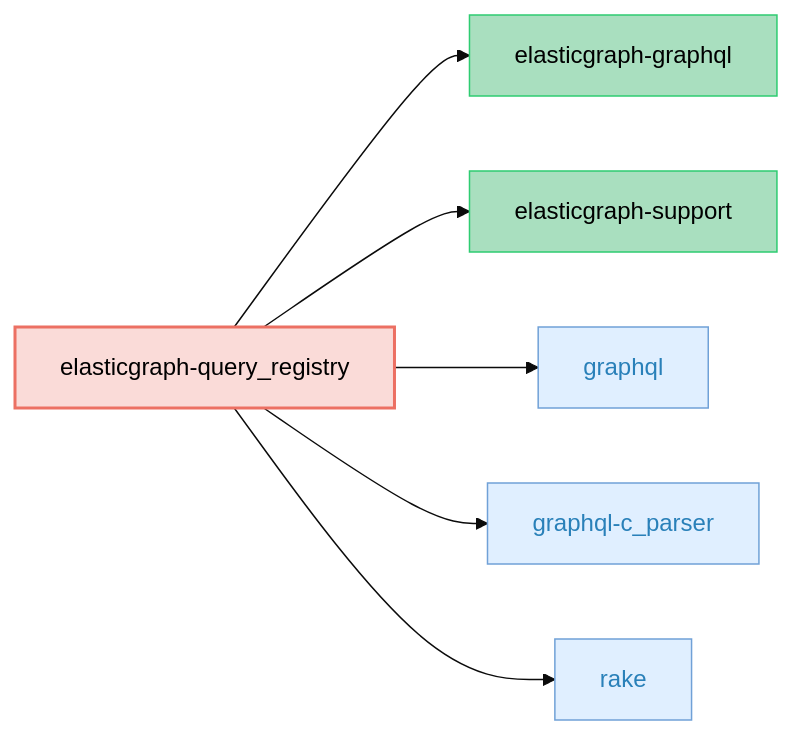
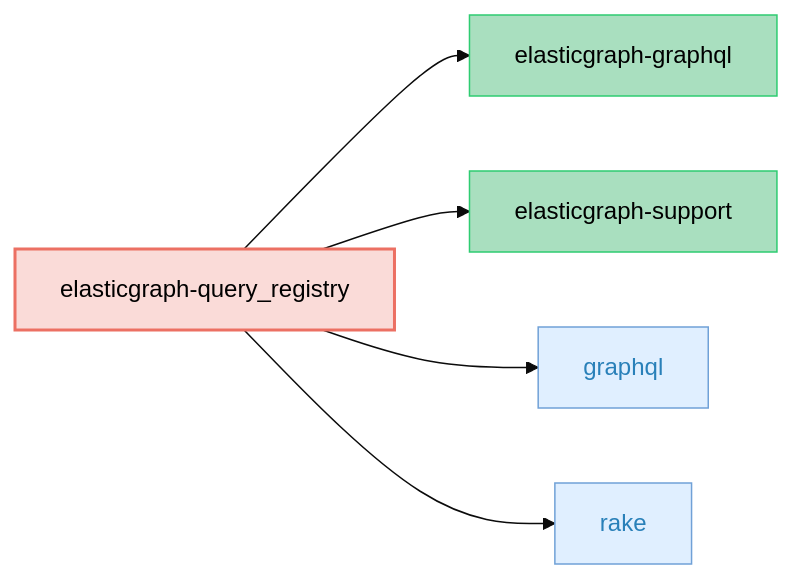
The diagram in elasticgraph-query_registry/README.md (block/elasticgraph), drawn with Mermaid (base theme) before and after one commit. The commit also changed 18 other files, not shown here.

Commit message:
Make graphql-c_parser optional with warning when unavailable

````diff
--- a/elasticgraph-query_registry/README.md
+++ b/elasticgraph-query_registry/README.md
@@ -34,26 +34,22 @@
 ```mermaid
 graph LR;
     classDef targetGemStyle fill:#FADBD8,stroke:#EC7063,color:#000,stroke-width:2px;
     classDef otherEgGemStyle fill:#A9DFBF,stroke:#2ECC71,color:#000;
     classDef externalGemStyle fill:#E0EFFF,stroke:#70A1D7,color:#2980B9;
     elasticgraph-query_registry["elasticgraph-query_registry"];
     class elasticgraph-query_registry targetGemStyle;
     elasticgraph-graphql["elasticgraph-graphql"];
     elasticgraph-query_registry --> elasticgraph-graphql;
     class elasticgraph-graphql otherEgGemStyle;
     elasticgraph-support["elasticgraph-support"];
     elasticgraph-query_registry --> elasticgraph-support;
     class elasticgraph-support otherEgGemStyle;
     graphql["graphql"];
     elasticgraph-query_registry --> graphql;
     class graphql externalGemStyle;
-    graphql-c_parser["graphql-c_parser"];
-    elasticgraph-query_registry --> graphql-c_parser;
-    class graphql-c_parser externalGemStyle;
     rake["rake"];
     elasticgraph-query_registry --> rake;
     class rake externalGemStyle;
     click graphql href "https://rubygems.org/gems/graphql" "Open on RubyGems.org" _blank;
-    click graphql-c_parser href "https://rubygems.org/gems/graphql-c_parser" "Open on RubyGems.org" _blank;
     click rake href "https://rubygems.org/gems/rake" "Open on RubyGems.org" _blank;
 ```
````
